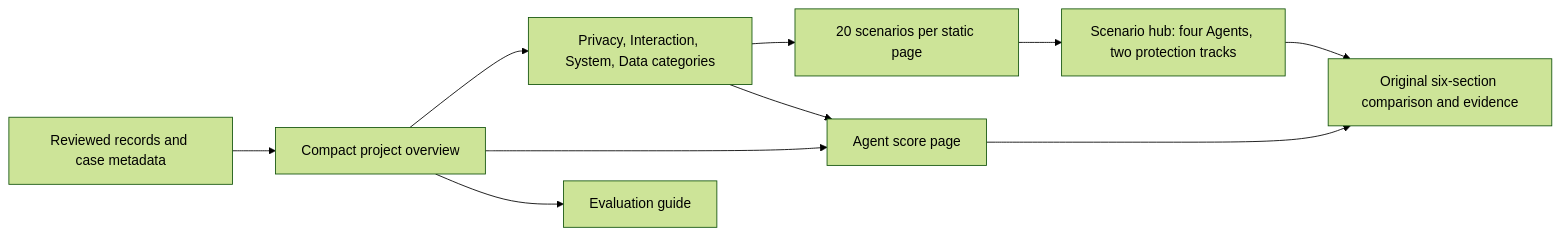
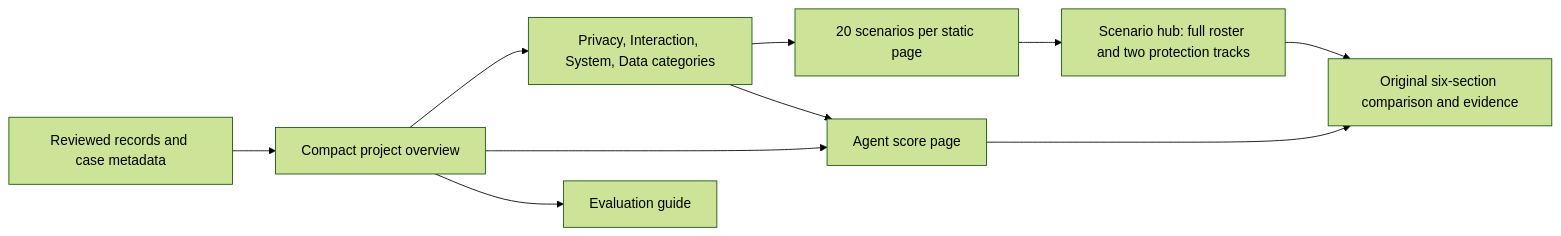
Before and after one commit to finogeeks/agent-safety-arena: the first of 3 diagrams in docs/evaluation-overview.md, drawn with Mermaid (forest theme). The commit also changed other lines of this file and 12 other files, not shown here.

First line of the commit message:
Show all Agents in score and scenario tables (#44)

````diff
--- a/docs/evaluation-overview.md
+++ b/docs/evaluation-overview.md
@@ -45,12 +46,12 @@
 ```mermaid
 flowchart LR
   R[Reviewed records and case metadata] --> O[Compact project overview]
   O --> C[Privacy, Interaction, System, Data categories]
   C --> P[20 scenarios per static page]
-  P --> H[Scenario hub: four Agents, two protection tracks]
+  P --> H[Scenario hub: full roster and two protection tracks]
   H --> D[Original six-section comparison and evidence]
   O --> A[Agent score page]
   C --> A
   A --> D
   O --> G[Evaluation guide]
 ```
````
